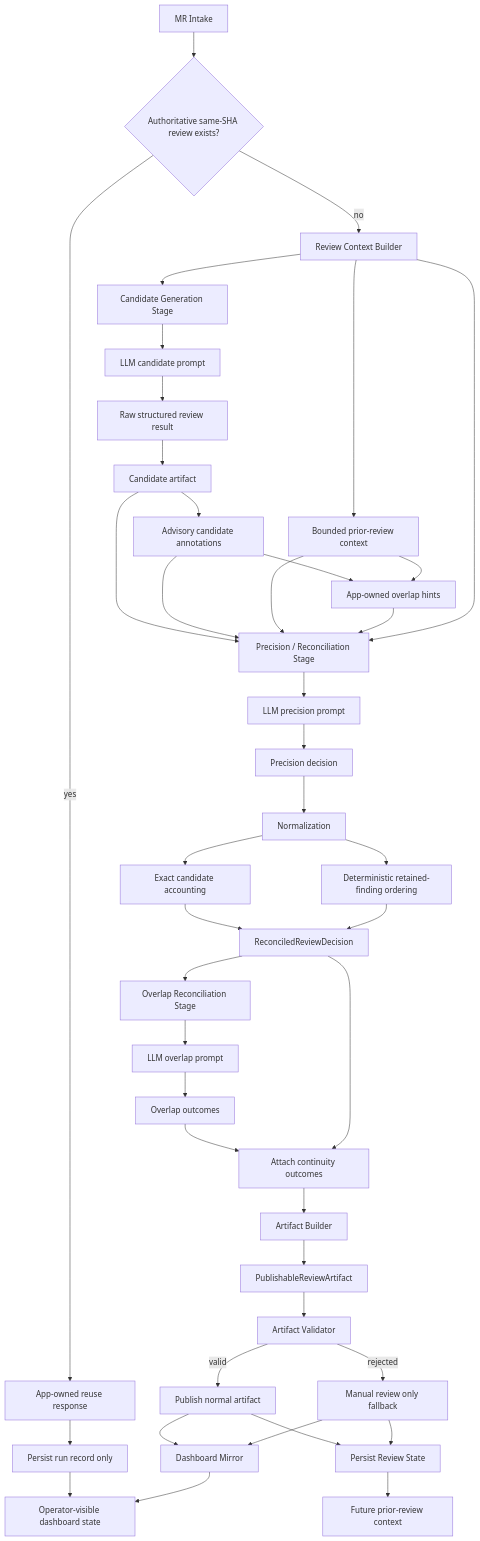
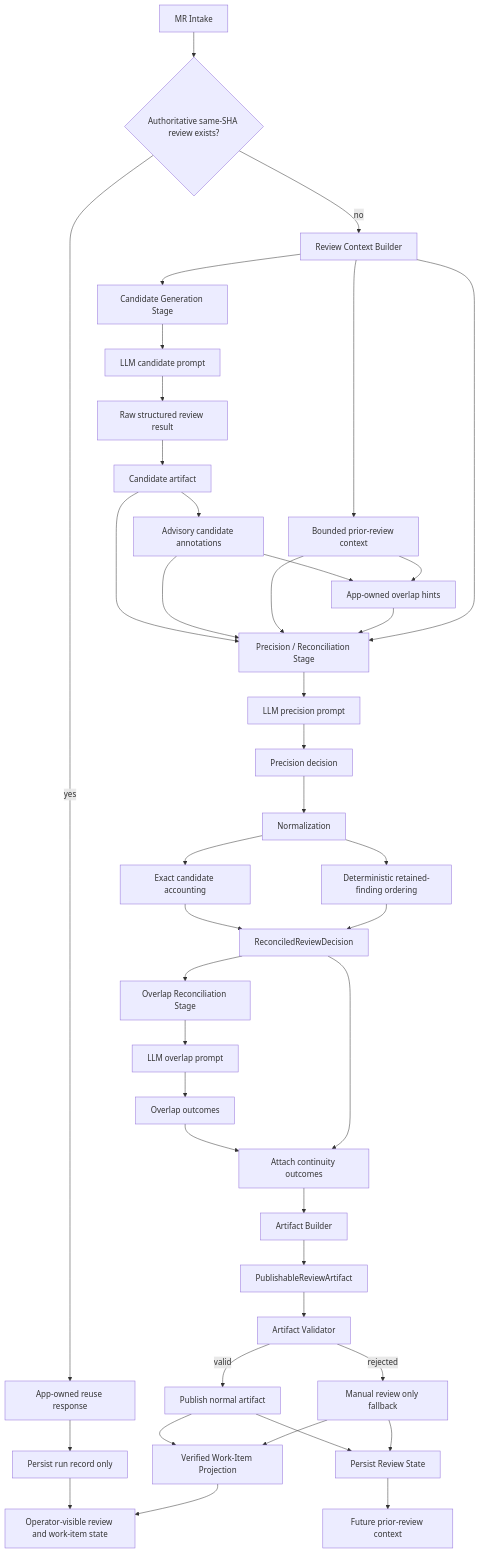
One commit to JustinMelger/ZeroOne-ops changed the diagram in docs/review-flow-mermaid.md. Above: the diagram before and after it, drawn with Mermaid. The commit also changed other lines of this file and 153 other files, not shown here.

````diff
--- a/docs/review-flow-mermaid.md
+++ b/docs/review-flow-mermaid.md
@@ -11,53 +11,53 @@
 ```mermaid
 flowchart TD
     A[MR Intake] --> A1{Authoritative same-SHA review exists?}
     A1 -->|yes| A2[App-owned reuse response]
     A2 --> A3[Persist run record only]
-    A3 --> U[Operator-visible dashboard state]
+    A3 --> U[Operator-visible review and work-item state]
     A1 -->|no| B[Review Context Builder]
 
     B --> C[Candidate Generation Stage]
     C --> C1[LLM candidate prompt]
     C1 --> C2[Raw structured review result]
     C2 --> C3[Candidate artifact]
     C3 --> G[Advisory candidate annotations]
 
     B --> H[Bounded prior-review context]
     G --> I[App-owned overlap hints]
     H --> I
 
     C3 --> J[Precision / Reconciliation Stage]
     G --> J
     H --> J
     I --> J
     B --> J
 
     J --> J1[LLM precision prompt]
     J1 --> J2[Precision decision]
     J2 --> J3[Normalization]
     J3 --> J4[Exact candidate accounting]
     J3 --> J5[Deterministic retained-finding ordering]
     J4 --> K[ReconciledReviewDecision]
     J5 --> K
 
     K --> L[Overlap Reconciliation Stage]
     L --> L1[LLM overlap prompt]
     L1 --> L2[Overlap outcomes]
     L2 --> M[Attach continuity outcomes]
     K --> M
 
     M --> N[Artifact Builder]
     N --> N1[PublishableReviewArtifact]
 
     N1 --> O[Artifact Validator]
     O -->|valid| P[Publish normal artifact]
     O -->|rejected| Q[Manual review only fallback]
 
     P --> R[Persist Review State]
-    P --> S[Dashboard Mirror]
+    P --> S[Verified Work-Item Projection]
     Q --> R
     Q --> S
 
     R --> T[Future prior-review context]
-    S --> U[Operator-visible dashboard state]
+    S --> U[Operator-visible review and work-item state]
 ```
````
